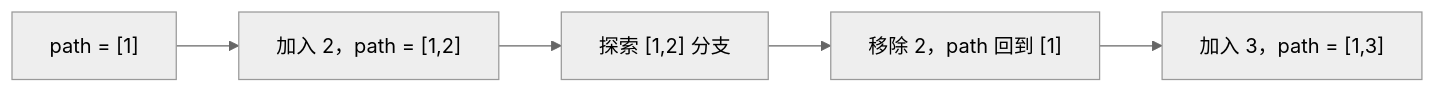
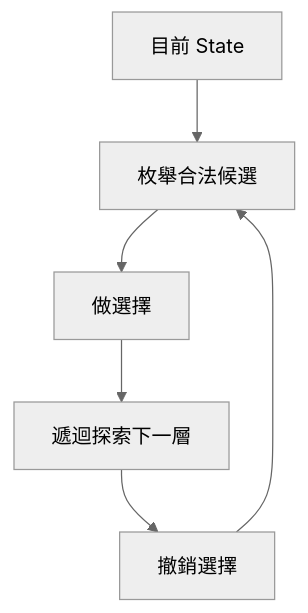
One commit to davidchen0970/algorithm_note changed the first of 3 diagrams in 05_recursion_backtracking/22_backtracking.md. Above: the diagram before and after it, drawn with Mermaid (neutral theme). The commit also changed other lines of this file, not shown here.

````diff
--- a/05_recursion_backtracking/22_backtracking.md
+++ b/05_recursion_backtracking/22_backtracking.md
@@ -288,7 +29,8 @@
 ```mermaid
-flowchart LR
-    A["path = [1]"] --> B["加入 2，path = [1,2]"]
-    B --> C["探索 [1,2] 分支"]
-    C --> D["移除 2，path 回到 [1]"]
-    D --> E["加入 3，path = [1,3]"]
+flowchart TD
+    A["目前 State"] --> B["枚舉合法候選"]
+    B --> C["做選擇"]
+    C --> D["遞迴探索下一層"]
+    D --> E["撤銷選擇"]
+    E --> B
 ```
````
